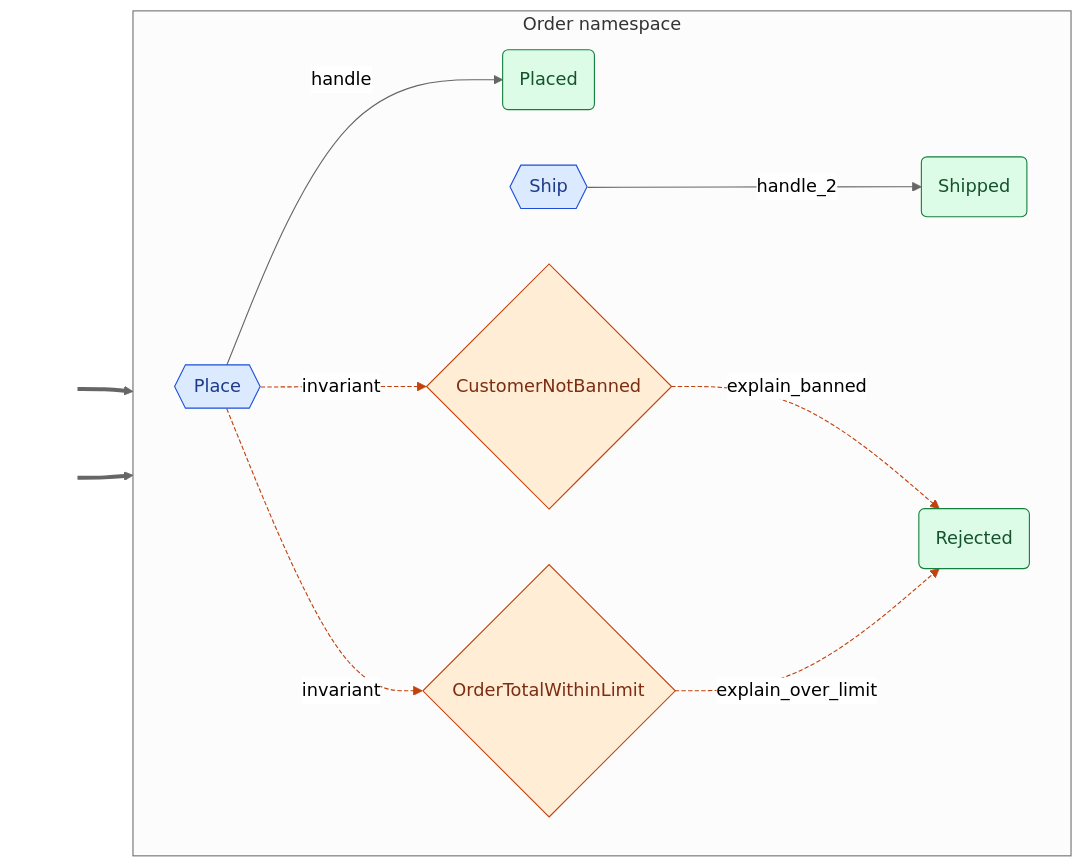
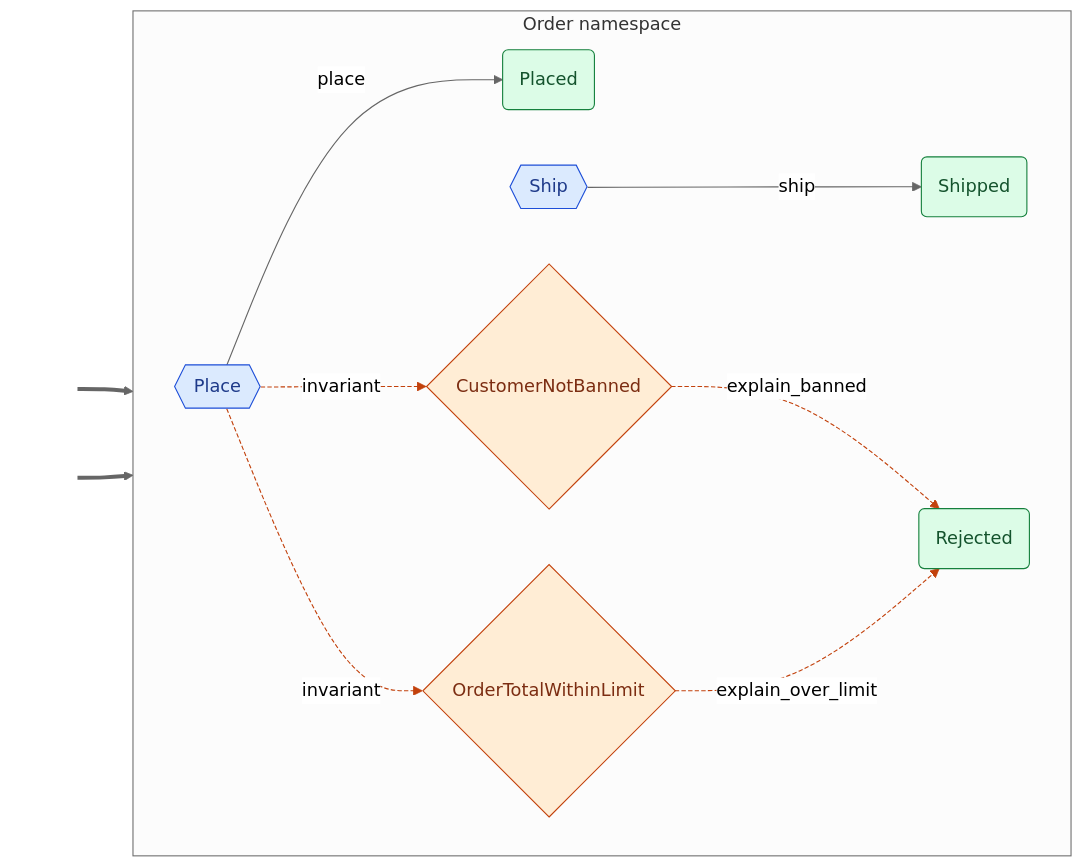
The diagram in docs/index.md (cadance-io/langgraph-events), drawn with Mermaid (neutral theme) before and after one commit. The commit also changed 13 other files, not shown here.

````diff
--- a/docs/index.md
+++ b/docs/index.md
@@ -33,29 +33,29 @@
 ```mermaid
 graph LR
     classDef entry fill:none,stroke:none,color:none
     classDef cmd fill:#dbeafe,stroke:#1d4ed8,color:#1e3a8a
     classDef devt fill:#dcfce7,stroke:#15803d,color:#14532d
     classDef intg fill:#ede9fe,stroke:#6d28d9,color:#4c1d95
     classDef syst fill:#fef3c7,stroke:#b45309,color:#78350f
     classDef halt fill:#fef3c7,stroke:#b45309,color:#78350f,stroke-width:3px,stroke-dasharray:4 2
     classDef inv fill:#ffedd5,stroke:#c2410c,color:#7c2d12
     subgraph Order["Order namespace"]
         direction LR
         Place{{Place}}:::cmd
         Placed(Placed):::devt
         Rejected(Rejected):::devt
         Ship{{Ship}}:::cmd
         Shipped(Shipped):::devt
         CustomerNotBanned{CustomerNotBanned}:::inv
         OrderTotalWithinLimit{OrderTotalWithinLimit}:::inv
     end
     _e0_[ ]:::entry ==> Place
     _e1_[ ]:::entry ==> Ship
-    Place -->|handle| Placed
-    Ship -->|handle_2| Shipped
+    Place -->|place| Placed
+    Ship -->|ship| Shipped
     CustomerNotBanned -.->|explain_banned| Rejected
     OrderTotalWithinLimit -.->|explain_over_limit| Rejected
     Place -.->|invariant| CustomerNotBanned
     Place -.->|invariant| OrderTotalWithinLimit
     linkStyle 4,5,6,7 stroke:#c2410c,stroke-dasharray:4 2
 ```
````
